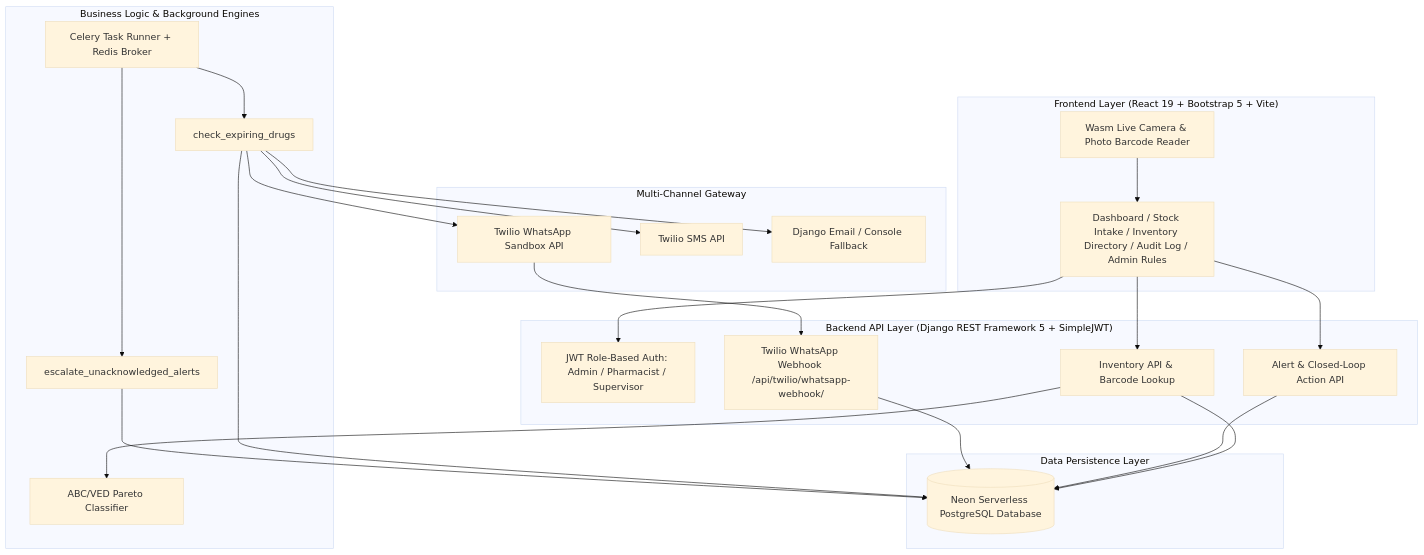
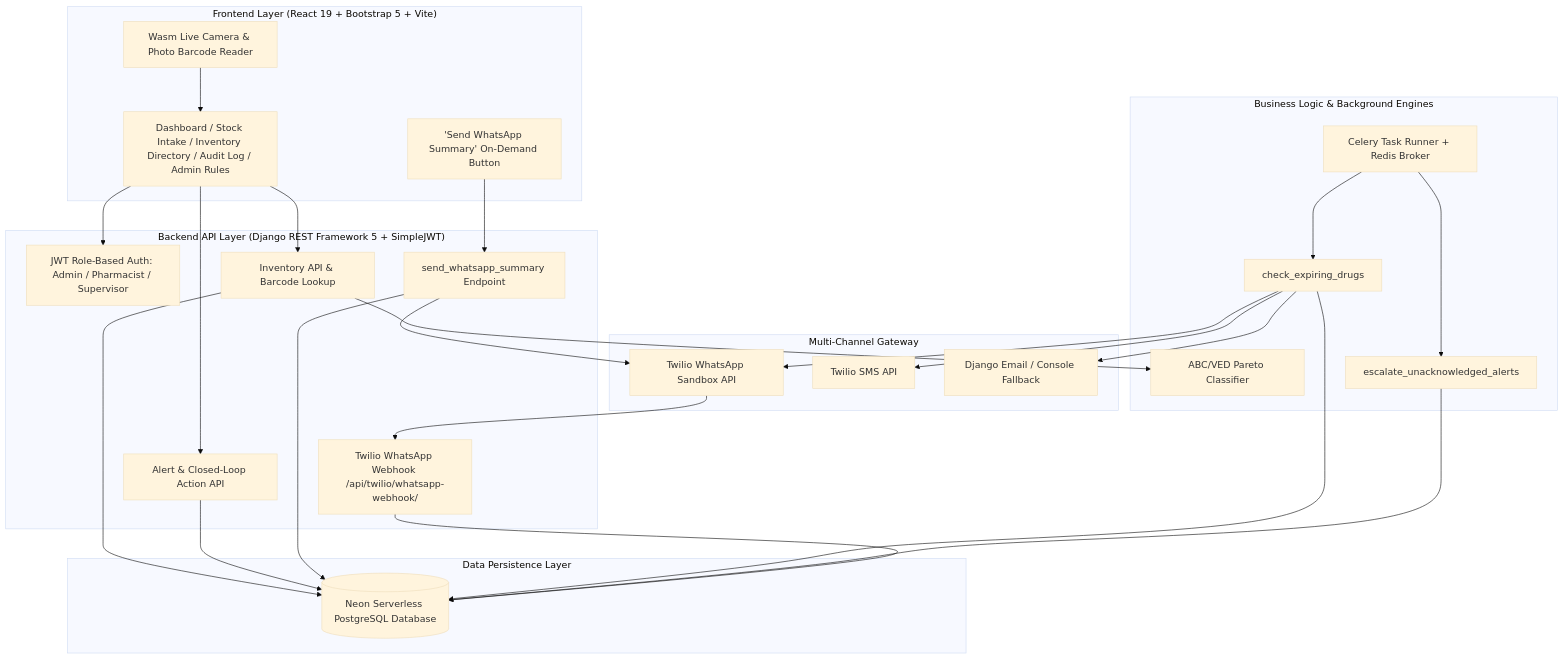
Before and after one commit to x15o3i/pharmakon: the first of 2 diagrams in PROJECT_DOCUMENTATION.md, drawn with Mermaid (base theme). The commit also changed other lines of this file, not shown here.

Commit message:
Update PROJECT_DOCUMENTATION.md with consolidated WhatsApp summary feature and on-intake scans

````diff
--- a/PROJECT_DOCUMENTATION.md
+++ b/PROJECT_DOCUMENTATION.md
@@ -32,51 +33,56 @@
 ```mermaid
 flowchart TD
     subgraph ClientLayer["Frontend Layer (React 19 + Bootstrap 5 + Vite)"]
         UI[Dashboard / Stock Intake / Inventory Directory / Audit Log / Admin Rules]
+        SummaryBtn["'Send WhatsApp Summary' On-Demand Button"]
         Scanner[Wasm Live Camera & Photo Barcode Reader]
     end
 
     subgraph APILayer["Backend API Layer (Django REST Framework 5 + SimpleJWT)"]
         Auth[JWT Role-Based Auth: Admin / Pharmacist / Supervisor]
         InvAPI[Inventory API & Barcode Lookup]
         AlertAPI[Alert & Closed-Loop Action API]
+        SummaryAPI[send_whatsapp_summary Endpoint]
         Webhook[Twilio WhatsApp Webhook /api/twilio/whatsapp-webhook/]
     end
 
     subgraph ServiceLayer["Business Logic & Background Engines"]
         ParetoEngine[ABC/VED Pareto Classifier]
         CeleryWorker[Celery Task Runner + Redis Broker]
         ExpiryScan[check_expiring_drugs]
         EscalationScan[escalate_unacknowledged_alerts]
     end
 
     subgraph DatabaseLayer["Data Persistence Layer"]
         NeonDB[(Neon Serverless PostgreSQL Database)]
     end
 
     subgraph NotificationLayer["Multi-Channel Gateway"]
         WhatsApp[Twilio WhatsApp Sandbox API]
         SMS[Twilio SMS API]
         Email[Django Email / Console Fallback]
     end
 
     UI --> Auth
     UI --> InvAPI
     UI --> AlertAPI
+    SummaryBtn --> SummaryAPI
     Scanner --> UI
 
     InvAPI --> NeonDB
     AlertAPI --> NeonDB
+    SummaryAPI --> NeonDB
     InvAPI --> ParetoEngine
     
     CeleryWorker --> ExpiryScan
     CeleryWorker --> EscalationScan
     ExpiryScan --> NeonDB
     EscalationScan --> NeonDB
 
     ExpiryScan --> WhatsApp
+    SummaryAPI --> WhatsApp
     ExpiryScan --> SMS
     ExpiryScan --> Email
     WhatsApp --> Webhook
     Webhook --> NeonDB
 ```
````
